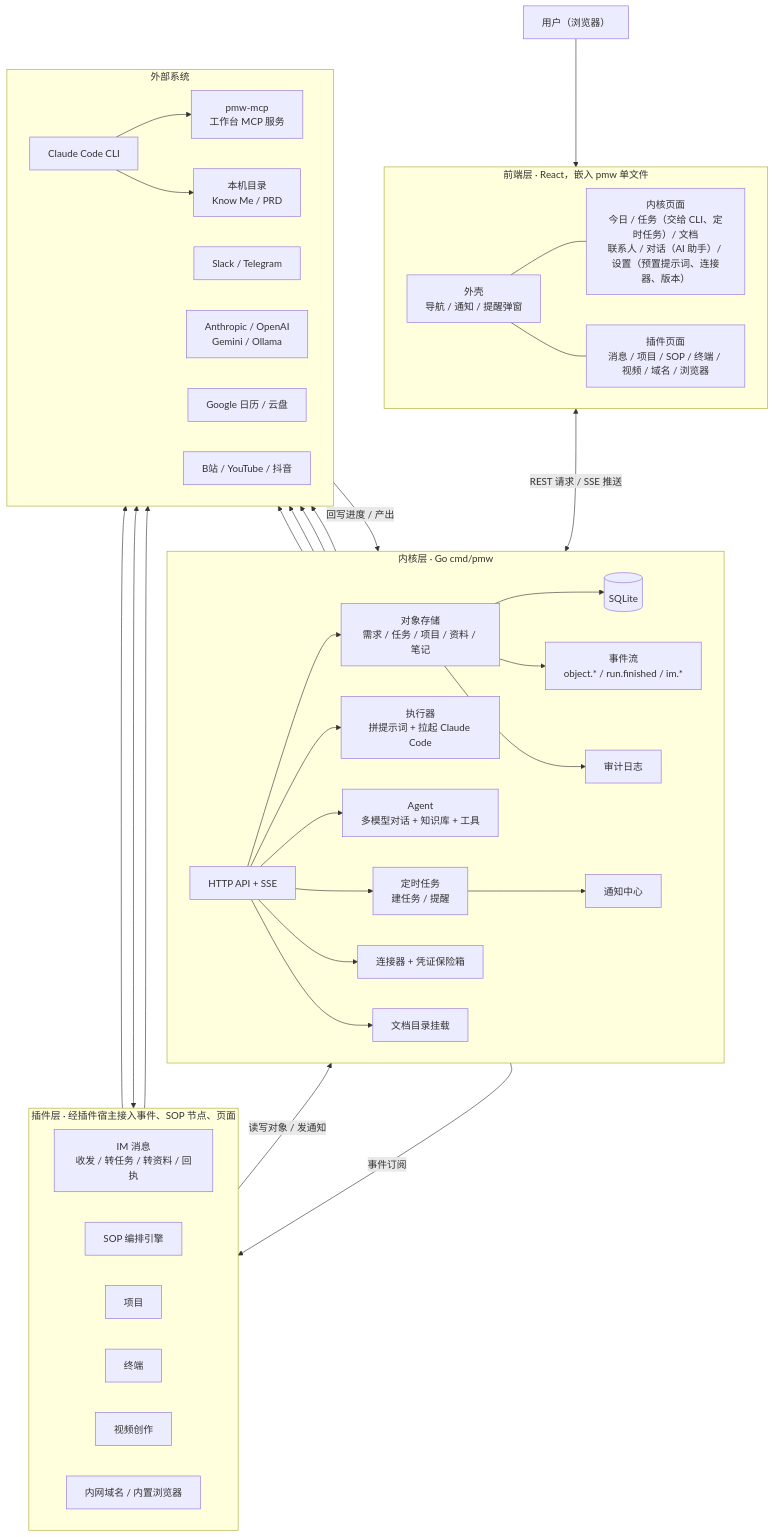
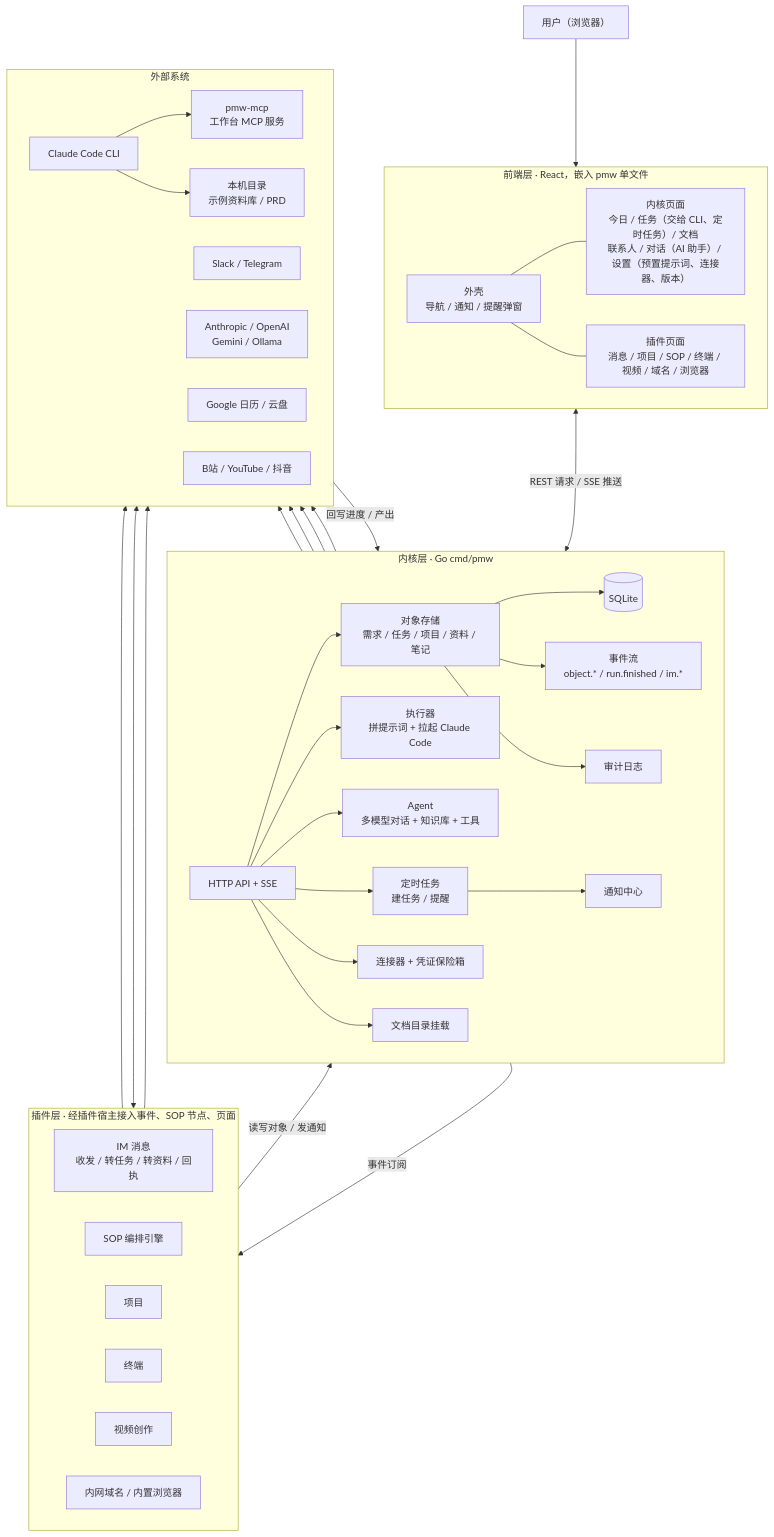
The first of 3 diagrams in docs/system-overview.md (lizhao903/pm-workspace), drawn with Mermaid before and after one commit. The commit also changed 110 other files, not shown here.

````diff
--- a/docs/system-overview.md
+++ b/docs/system-overview.md
@@ -7,67 +7,67 @@
 ```mermaid
 graph TB
   U["用户（浏览器）"]
 
   subgraph FE["前端层 · React，嵌入 pmw 单文件"]
     direction LR
     SHELL["外壳<br/>导航 / 通知 / 提醒弹窗"]
     MODS["内核页面<br/>今日 / 任务（交给 CLI、定时任务）/ 文档<br/>联系人 / 对话（AI 助手）/ 设置（预置提示词、连接器、版本）"]
     PUI["插件页面<br/>消息 / 项目 / SOP / 终端 / 视频 / 域名 / 浏览器"]
   end
 
   subgraph CORE["内核层 · Go cmd/pmw"]
     direction LR
     API["HTTP API + SSE"]
     STORE["对象存储<br/>需求 / 任务 / 项目 / 资料 / 笔记"]
     EV["事件流<br/>object.* / run.finished / im.*"]
     RUN["执行器<br/>拼提示词 + 拉起 Claude Code"]
     AG["Agent<br/>多模型对话 + 知识库 + 工具"]
     SCH["定时任务<br/>建任务 / 提醒"]
     NT["通知中心"]
     CON["连接器 + 凭证保险箱"]
     DOCFS["文档目录挂载"]
     AU["审计日志"]
     DB[("SQLite")]
   end
 
   subgraph PL["插件层 · 经插件宿主接入事件、SOP 节点、页面"]
     direction LR
     IM["IM 消息<br/>收发 / 转任务 / 转资料 / 回执"]
     SOP["SOP 编排引擎"]
     PRJ["项目"]
     TERM["终端"]
     VID["视频创作"]
     DOM["内网域名 / 内置浏览器"]
   end
 
   subgraph EXT["外部系统"]
     direction LR
     CC["Claude Code CLI"]
     MCP["pmw-mcp<br/>工作台 MCP 服务"]
     IMX["Slack / Telegram"]
     LLM["Anthropic / OpenAI<br/>Gemini / Ollama"]
     GG["Google 日历 / 云盘"]
-    FS["本机目录<br/>Know Me / PRD"]
+    FS["本机目录<br/>示例资料库 / PRD"]
     VP["B站 / YouTube / 抖音"]
   end
 
   U --> SHELL
   SHELL --- MODS & PUI
   FE <-->|"REST 请求 / SSE 推送"| API
   API --> STORE & RUN & AG & SCH & CON & DOCFS
   STORE --> DB
   STORE --> EV
   STORE --> AU
   SCH --> NT
   EV -->|"事件订阅"| PL
   PL -->|"读写对象 / 发通知"| STORE
   RUN --> CC
   TERM --> CC
   CC --> MCP -->|"回写进度 / 产出"| API
   CC --> FS
   DOCFS --> FS
   AG --> LLM
   CON --> GG
   IM <--> IMX
   VID --> VP
 ```
````
